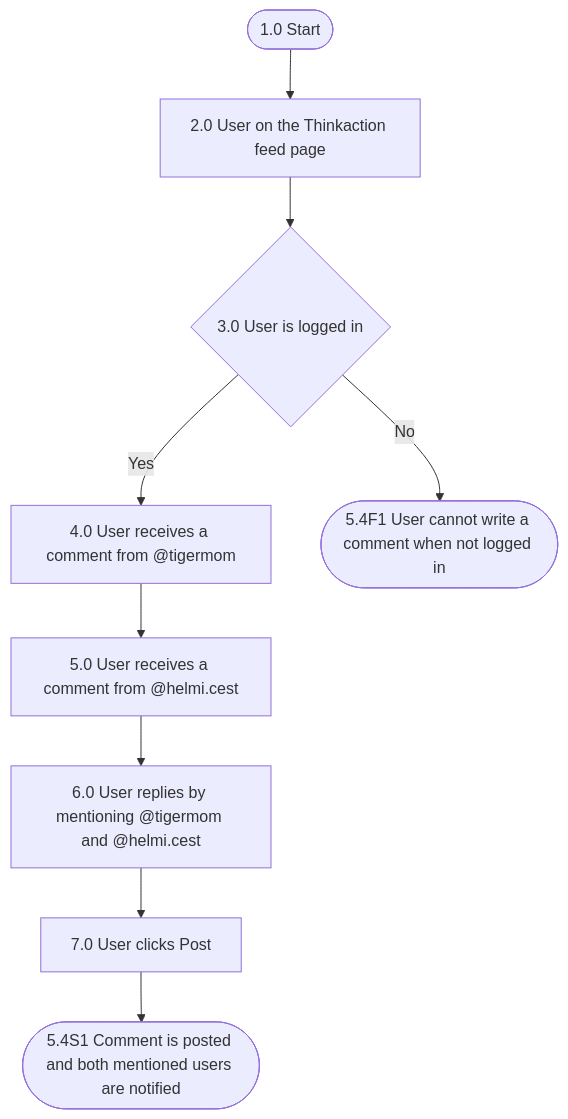
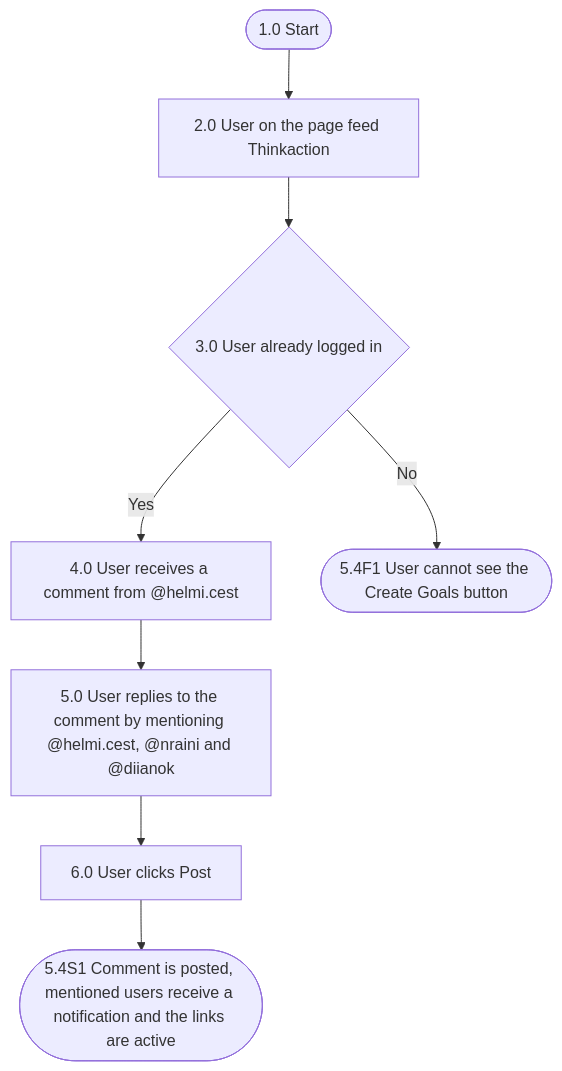
One commit to Impointhub/docs changed the diagram in thinkaction/multiple-tagging.mdx. Above: the diagram before and after it, drawn with Mermaid. The commit also changed other lines of this file and 12 other files, not shown here.

First line of the commit message:
Replace Thinkaction docs with PRD v4 (with mockup images) and add Database page

````diff
--- a/thinkaction/multiple-tagging.mdx
+++ b/thinkaction/multiple-tagging.mdx
@@ -9,11 +9,10 @@
 ```mermaid
 flowchart TB
-  A(["1.0 Start"]) --> B["2.0 User on the Thinkaction feed page"]
-  B --> C{"3.0 User is logged in"}
-  C -- Yes --> D["4.0 User receives a comment from @tigermom"]
-  C -- No --> F1(["5.4F1 User cannot write a comment when not logged in"])
-  D --> E["5.0 User receives a comment from @helmi.cest"]
-  E --> F["6.0 User replies by mentioning @tigermom and @helmi.cest"]
-  F --> G["7.0 User clicks Post"]
-  G --> S1(["5.4S1 Comment is posted and both mentioned users are notified"])
+  A(["1.0 Start"]) --> B["2.0 User on the page feed Thinkaction"]
+  B --> C{"3.0 User already logged in"}
+  C -- Yes --> D["4.0 User receives a comment from @helmi.cest"]
+  C -- No --> F1(["5.4F1 User cannot see the Create Goals button"])
+  D --> E["5.0 User replies to the comment by mentioning @helmi.cest, @nraini and @diianok"]
+  E --> G["6.0 User clicks Post"]
+  G --> S1(["5.4S1 Comment is posted, mentioned users receive a notification and the links are active"])
 ```
````
